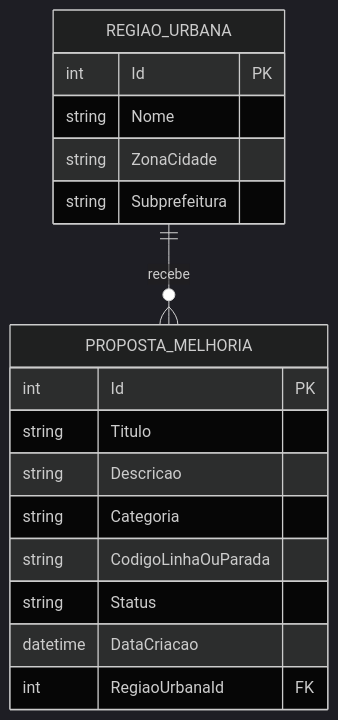
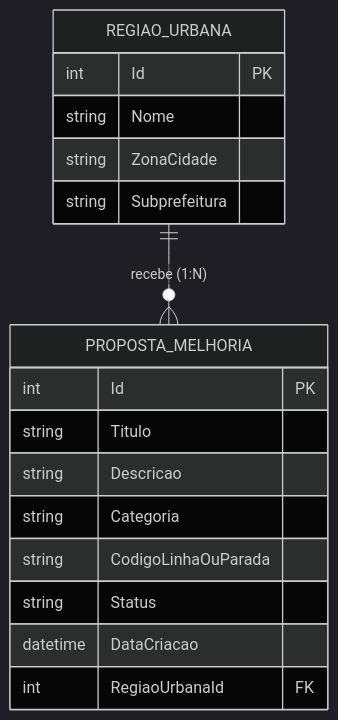
Before and after one commit to GS-EDUeAMIGOS/gs-dotnet-api: the diagram in README.md, drawn with Mermaid (dark theme). The commit also changed other lines of this file and 4 other files, not shown here.

````diff
--- a/README.md
+++ b/README.md
@@ -19,20 +37,20 @@
 ```mermaid
 erDiagram
-    REGIAO_URBANA ||--o{ PROPOSTA_MELHORIA : recebe
+    REGIAO_URBANA ||--o{ PROPOSTA_MELHORIA : "recebe (1:N)"
     REGIAO_URBANA {
         int Id PK
         string Nome
         string ZonaCidade
         string Subprefeitura
     }
     PROPOSTA_MELHORIA {
         int Id PK
         string Titulo
         string Descricao
         string Categoria
         string CodigoLinhaOuParada
         string Status
         datetime DataCriacao
         int RegiaoUrbanaId FK
     }
 ```
````
